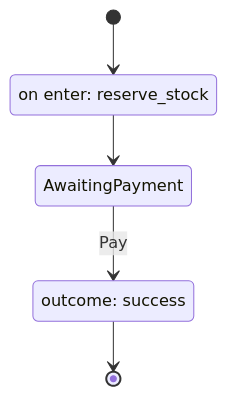
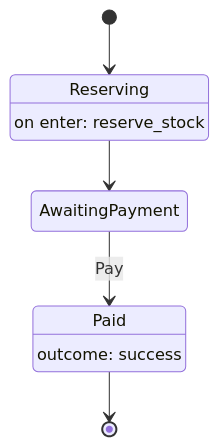
The first of 2 diagrams in docs/examples/inline_transaction.md (acasadom/harel), drawn with Mermaid before and after one commit. The commit also changed 9 other files, not shown here.

````diff
--- a/docs/examples/inline_transaction.md
+++ b/docs/examples/inline_transaction.md
@@ -24,9 +24,11 @@
 ```{mermaid}
 stateDiagram-v2
 [*] --> Reserving
+state "Reserving" as Reserving
 Reserving : on enter#58; reserve_stock
+state "Paid" as Paid
 Paid : outcome#58; success
 Reserving --> AwaitingPayment
 AwaitingPayment --> Paid : Pay
 Paid --> [*]
 ```
````
